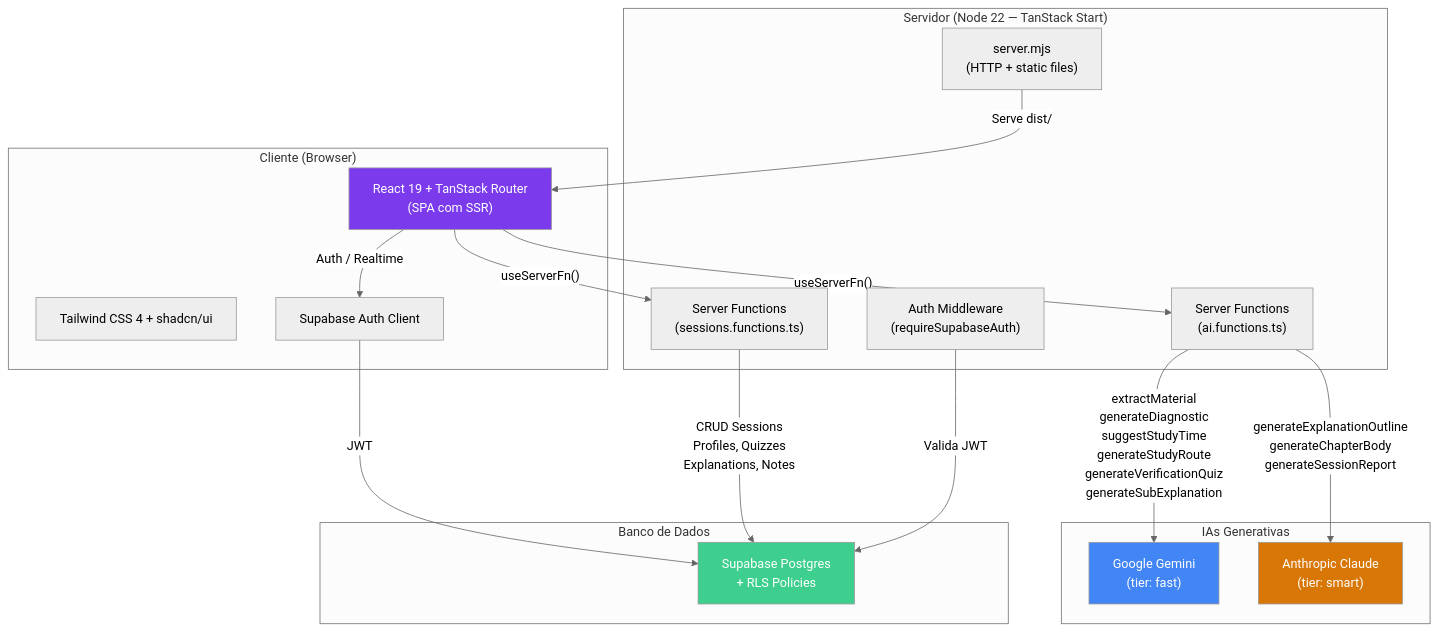
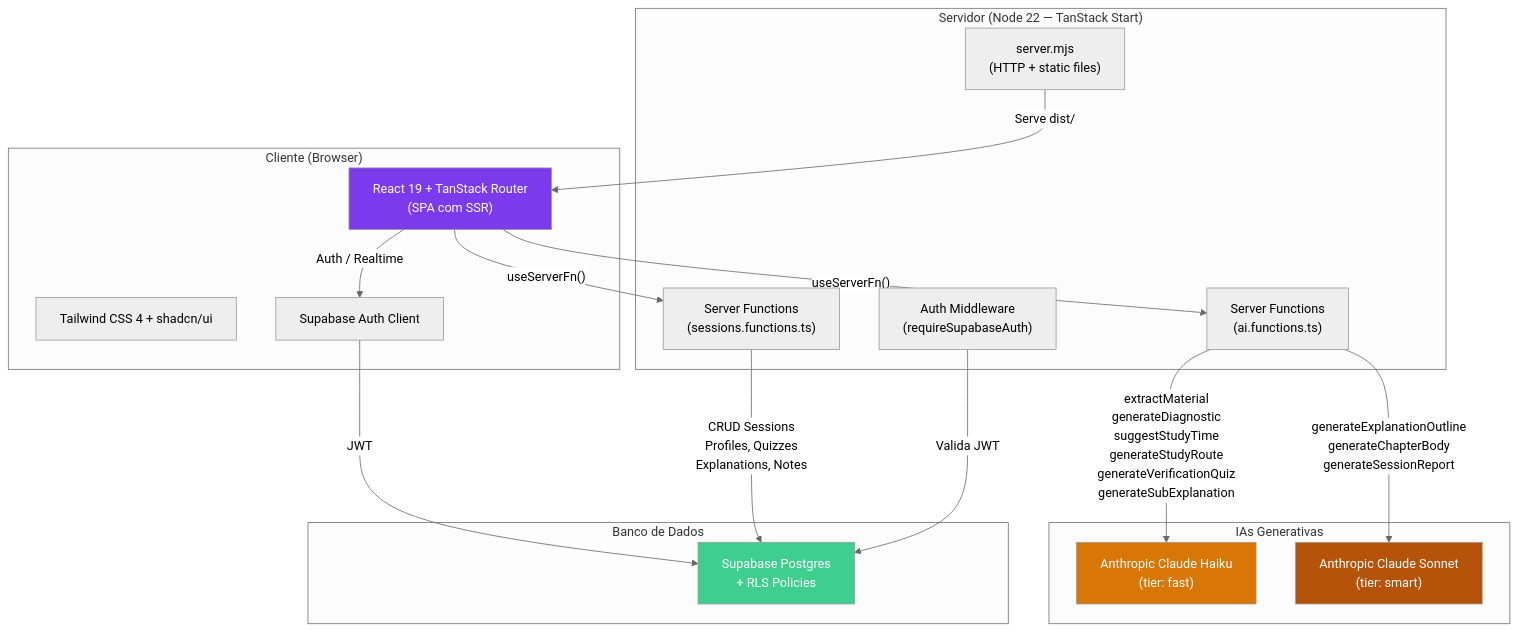
One commit to samuury/sincronia changed the first of 3 diagrams in README.md. Above: the diagram before and after it, drawn with Mermaid (neutral theme). The commit also changed other lines of this file and 5 other files, not shown here.

Commit message:
Haiku e sonnet apenas

````diff
--- a/README.md
+++ b/README.md
@@ -29,39 +29,39 @@
 ```mermaid
 graph TD
     subgraph "Cliente (Browser)"
         A["React 19 + TanStack Router<br/>(SPA com SSR)"]
         B["Tailwind CSS 4 + shadcn/ui"]
         C["Supabase Auth Client"]
     end
 
     subgraph "Servidor (Node 22 — TanStack Start)"
         D["Server Functions<br/>(ai.functions.ts)"]
         E["Server Functions<br/>(sessions.functions.ts)"]
         F["Auth Middleware<br/>(requireSupabaseAuth)"]
         G["server.mjs<br/>(HTTP + static files)"]
     end
 
     subgraph "IAs Generativas"
-        H["Google Gemini<br/>(tier: fast)"]
-        I["Anthropic Claude<br/>(tier: smart)"]
+        H["Anthropic Claude Haiku<br/>(tier: fast)"]
+        I["Anthropic Claude Sonnet<br/>(tier: smart)"]
     end
 
     subgraph "Banco de Dados"
         J["Supabase Postgres<br/>+ RLS Policies"]
     end
 
     A -->|"useServerFn()"| D
     A -->|"useServerFn()"| E
     A -->|"Auth / Realtime"| C
     C -->|"JWT"| J
     D -->|"extractMaterial<br/>generateDiagnostic<br/>suggestStudyTime<br/>generateStudyRoute<br/>generateVerificationQuiz<br/>generateSubExplanation"| H
     D -->|"generateExplanationOutline<br/>generateChapterBody<br/>generateSessionReport"| I
     E -->|"CRUD Sessions<br/>Profiles, Quizzes<br/>Explanations, Notes"| J
     F -->|"Valida JWT"| J
     G -->|"Serve dist/"| A
 
     style A fill:#7c3aed,color:#fff
-    style H fill:#4285f4,color:#fff
-    style I fill:#d97706,color:#fff
+    style H fill:#d97706,color:#fff
+    style I fill:#b45309,color:#fff
     style J fill:#3ecf8e,color:#fff
 ```
````
